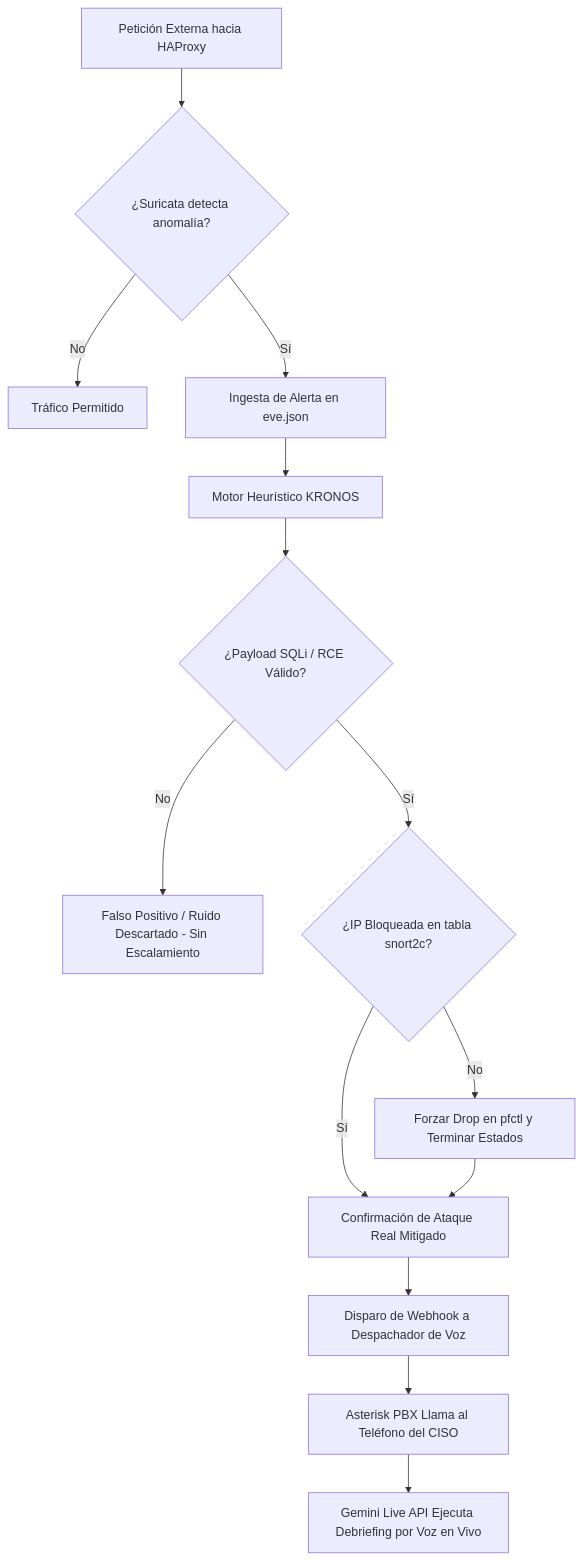
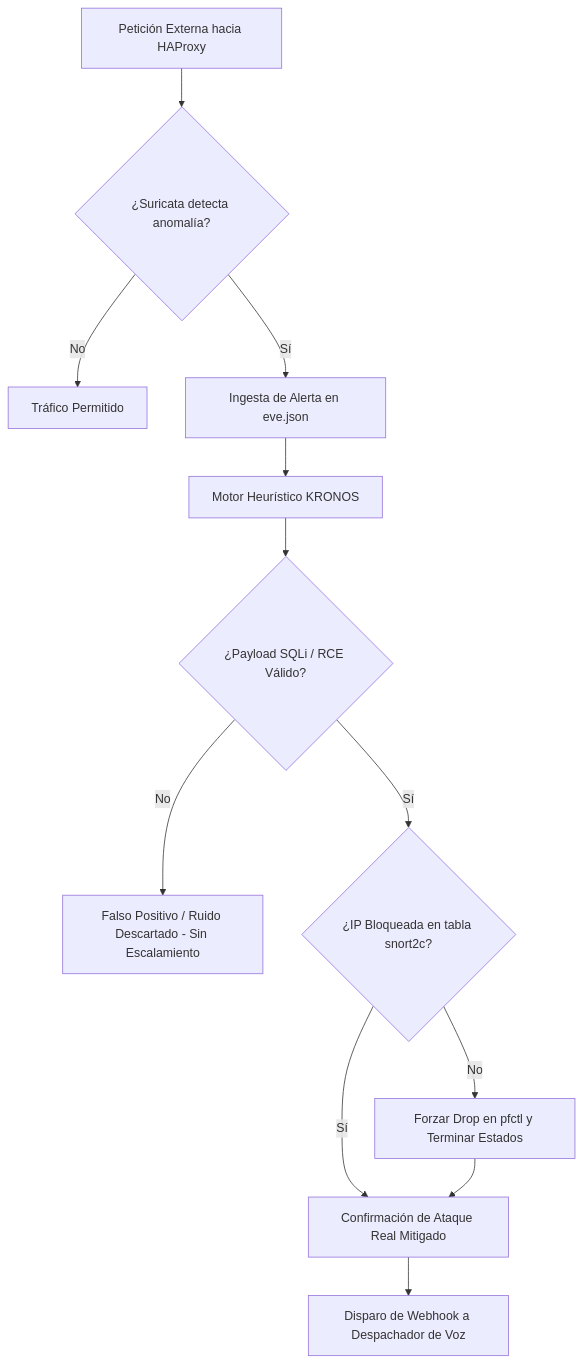
The diagram in README.md (Fredinni/Proyecto-Portafolio), drawn with Mermaid before and after one commit. The commit also changed other lines of this file and 11 other files, not shown here.

Commit message:
feat(design): restore high-tech cyber shield logo, enlarge diagram typography, add theoretical process flow illustrations for pfctl and voice SOAR

````diff
--- a/README.md
+++ b/README.md
@@ -62,16 +67,14 @@
 ```mermaid
 flowchart TD
     A["Petición Externa hacia HAProxy"] --> B{"¿Suricata detecta anomalía?"}
     B -- No --> C["Tráfico Permitido"]
     B -- Sí --> D["Ingesta de Alerta en eve.json"]
     D --> E["Motor Heurístico KRONOS"]
     E --> F{"¿Payload SQLi / RCE Válido?"}
     F -- No --> G["Falso Positivo / Ruido Descartado - Sin Escalamiento"]
     F -- Sí --> H{"¿IP Bloqueada en tabla snort2c?"}
     H -- No --> I["Forzar Drop en pfctl y Terminar Estados"]
     H -- Sí --> J["Confirmación de Ataque Real Mitigado"]
     I --> J
     J --> K["Disparo de Webhook a Despachador de Voz"]
-    K --> L["Asterisk PBX Llama al Teléfono del CISO"]
-    L --> M["Gemini Live API Ejecuta Debriefing por Voz en Vivo"]
 ```
````
